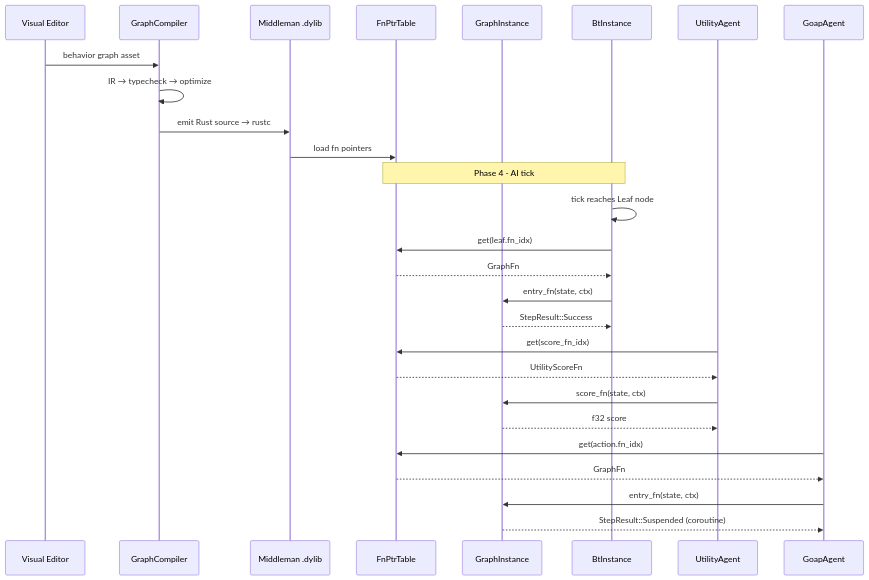
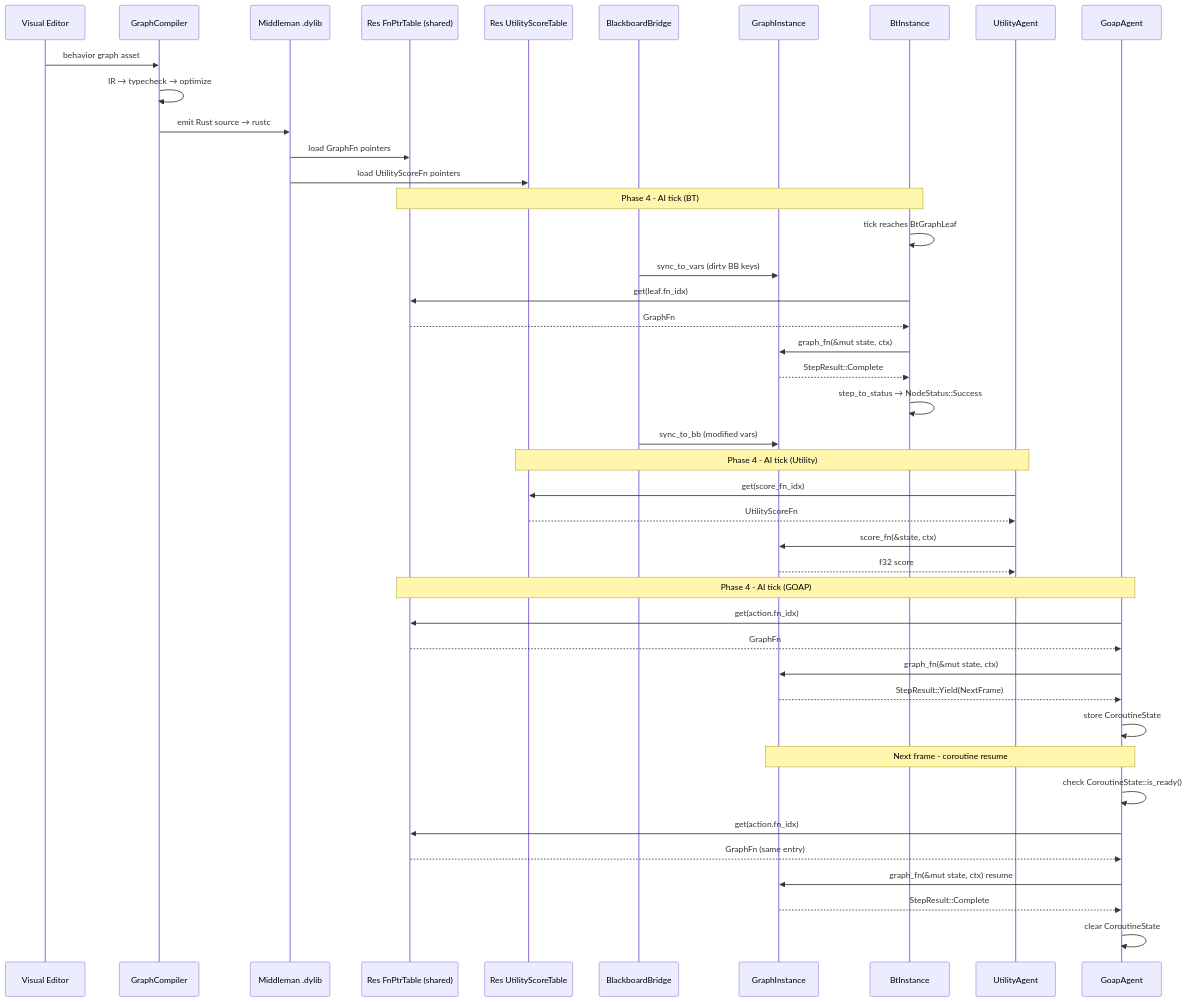
Before and after one commit to harmonius-dev/harmonius: the second of 2 diagrams in docs/design/integration/ai-scripting.md, drawn with Mermaid. The commit also changed other lines of this file and 57 other files, not shown here.

````diff
--- a/docs/design/integration/ai-scripting.md
+++ b/docs/design/integration/ai-scripting.md
@@ -80,33 +302,50 @@
 ```mermaid
 sequenceDiagram
     participant VE as Visual Editor
     participant GC as GraphCompiler
     participant DL as Middleman .dylib
-    participant FP as FnPtrTable
+    participant FP as Res FnPtrTable (shared)
+    participant ST as Res UtilityScoreTable
+    participant BB as BlackboardBridge
     participant GI as GraphInstance
     participant BT as BtInstance
     participant UA as UtilityAgent
     participant GP as GoapAgent
 
     VE->>GC: behavior graph asset
     GC->>GC: IR → typecheck → optimize
     GC->>DL: emit Rust source → rustc
-    DL->>FP: load fn pointers
+    DL->>FP: load GraphFn pointers
+    DL->>ST: load UtilityScoreFn pointers
 
-    Note over BT,FP: Phase 4 - AI tick
-    BT->>BT: tick reaches Leaf node
+    Note over BT,FP: Phase 4 - AI tick (BT)
+    BT->>BT: tick reaches BtGraphLeaf
+    BB->>GI: sync_to_vars (dirty BB keys)
     BT->>FP: get(leaf.fn_idx)
     FP-->>BT: GraphFn
-    BT->>GI: entry_fn(state, ctx)
-    GI-->>BT: StepResult::Success
+    BT->>GI: graph_fn(&mut state, ctx)
+    GI-->>BT: StepResult::Complete
+    BT->>BT: step_to_status → NodeStatus::Success
+    BB->>GI: sync_to_bb (modified vars)
 
-    UA->>FP: get(score_fn_idx)
-    FP-->>UA: UtilityScoreFn
-    UA->>GI: score_fn(state, ctx)
+    Note over UA,ST: Phase 4 - AI tick (Utility)
+    UA->>ST: get(score_fn_idx)
+    ST-->>UA: UtilityScoreFn
+    UA->>GI: score_fn(&state, ctx)
     GI-->>UA: f32 score
 
+    Note over GP,FP: Phase 4 - AI tick (GOAP)
     GP->>FP: get(action.fn_idx)
     FP-->>GP: GraphFn
-    GP->>GI: entry_fn(state, ctx)
-    GI-->>GP: StepResult::Suspended (coroutine)
+    GP->>GI: graph_fn(&mut state, ctx)
+    GI-->>GP: StepResult::Yield(NextFrame)
+    GP->>GP: store CoroutineState
+
+    Note over GP,GI: Next frame - coroutine resume
+    GP->>GP: check CoroutineState::is_ready()
+    GP->>FP: get(action.fn_idx)
+    FP-->>GP: GraphFn (same entry)
+    GP->>GI: graph_fn(&mut state, ctx) resume
+    GI-->>GP: StepResult::Complete
+    GP->>GP: clear CoroutineState
 ```
````
